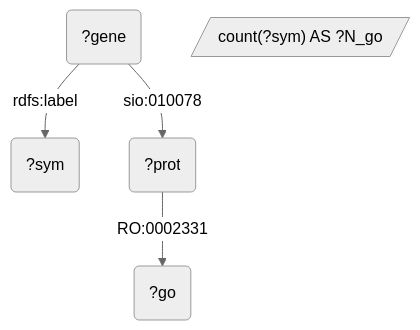
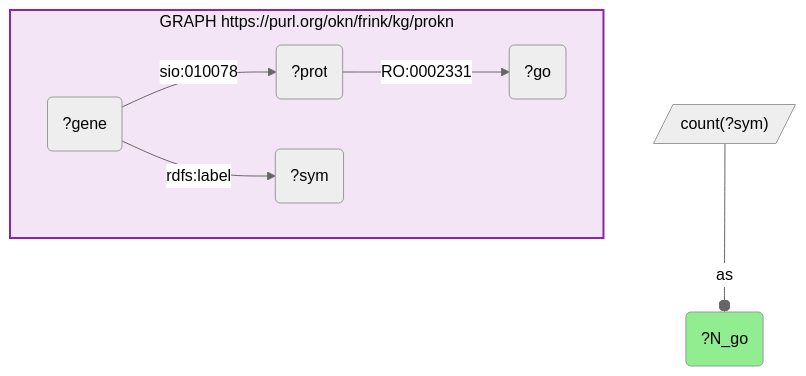
The tenth of 16 diagrams in docs/examples/Bisphenol-Exposome/Bisphenol-Exposome_reproducibility.md (sbl-sdsc/mcp-okn), drawn with Mermaid (neutral theme) before and after one commit. The commit also changed other lines of this file and 2 other files, not shown here.

First line of the commit message:
fix(examples): restore KG boxes in Bisphenol-Exposome reproducibility diagrams

````diff
--- a/docs/examples/Bisphenol-Exposome/Bisphenol-Exposome_reproducibility.md
+++ b/docs/examples/Bisphenol-Exposome/Bisphenol-Exposome_reproducibility.md
@@ -365,7 +567,19 @@
 ```mermaid
 graph TD
-  q10v3("?gene") --"rdfs:label"--> v5("?sym")
-  q10v3 --"sio:010078"--> v4("?prot")
-  v4 --"RO:0002331"--> v6("?go")
-  q10cnt[/"count(?sym) AS ?N_go"/]
+classDef projected fill:lightgreen;
+classDef literal fill:orange;
+classDef iri fill:yellow;
+  q10v1("?N_go"):::projected 
+  q10v3("?gene")
+  q10v6("?go")
+  q10v4("?prot")
+  q10v5("?sym")
+  subgraph q10graph0["GRAPH https://purl.org/okn/frink/kg/prokn"]
+    style q10graph0 fill:#f3e5f5,stroke:#8e24aa,stroke-width:2px,color:#000;
+    q10v3 --"sio:010078"--> q10v4
+    q10v3 --"rdfs:label"--> q10v5
+    q10v4 --"RO:0002331"--> q10v6
+  end
+  q10bind0[/"count(?sym)"/]
+  q10bind0 --as--o q10v1
 ```
````
